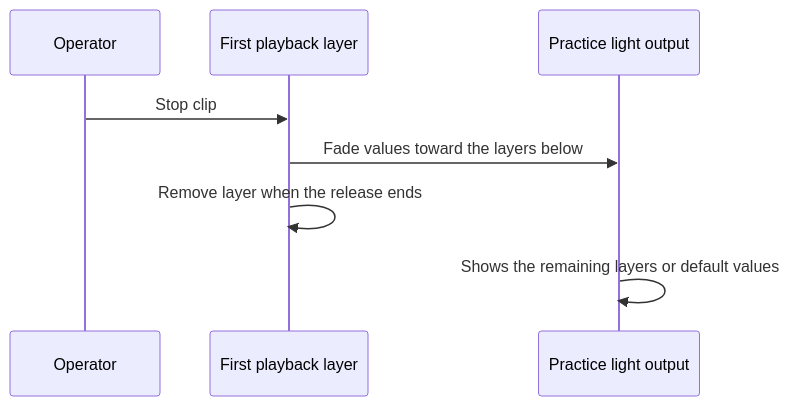
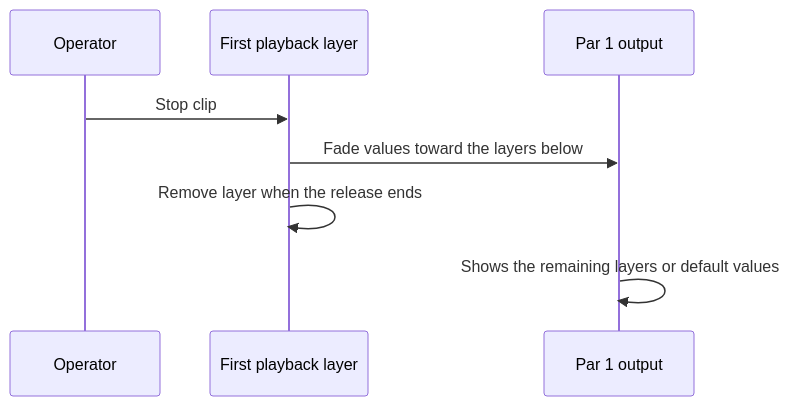
One commit to stewartadam/nightfall-lightdesk changed the second of 2 diagrams in docs/internal/src/concepts/priorities-and-merging.md. Above: the diagram before and after it, drawn with Mermaid. The commit also changed other lines of this file and 2 other files, not shown here.

````diff
--- a/docs/internal/src/concepts/priorities-and-merging.md
+++ b/docs/internal/src/concepts/priorities-and-merging.md
@@ -79,12 +79,12 @@
 ```mermaid
 sequenceDiagram
   accTitle: Release of First playback
   accDescr: The clip is stopped, its layer fades out over the release time while the programmer and lower layers show through, and then the layer is removed.
   participant Op as Operator
   participant Clip as First playback layer
-  participant Out as Practice light output
+  participant Out as Par 1 output
   Op->>Clip: Stop clip
   Clip->>Out: Fade values toward the layers below
   Clip->>Clip: Remove layer when the release ends
   Out->>Out: Shows the remaining layers or default values
 ```
````
